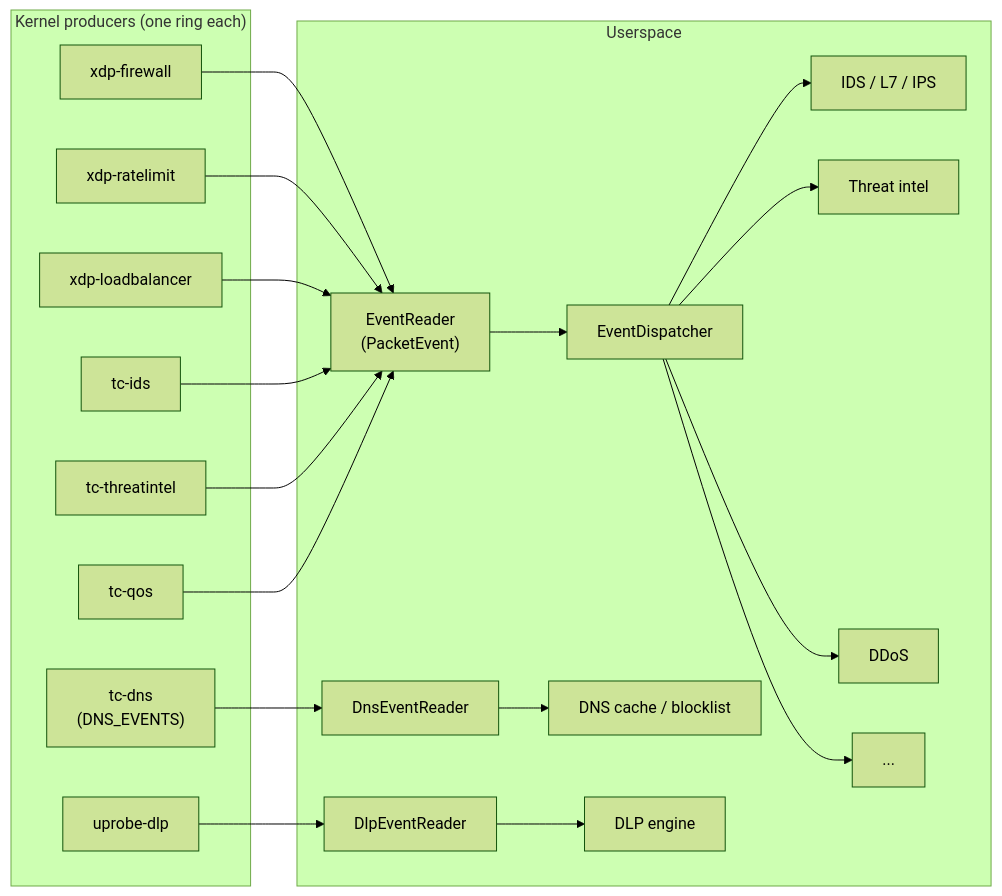
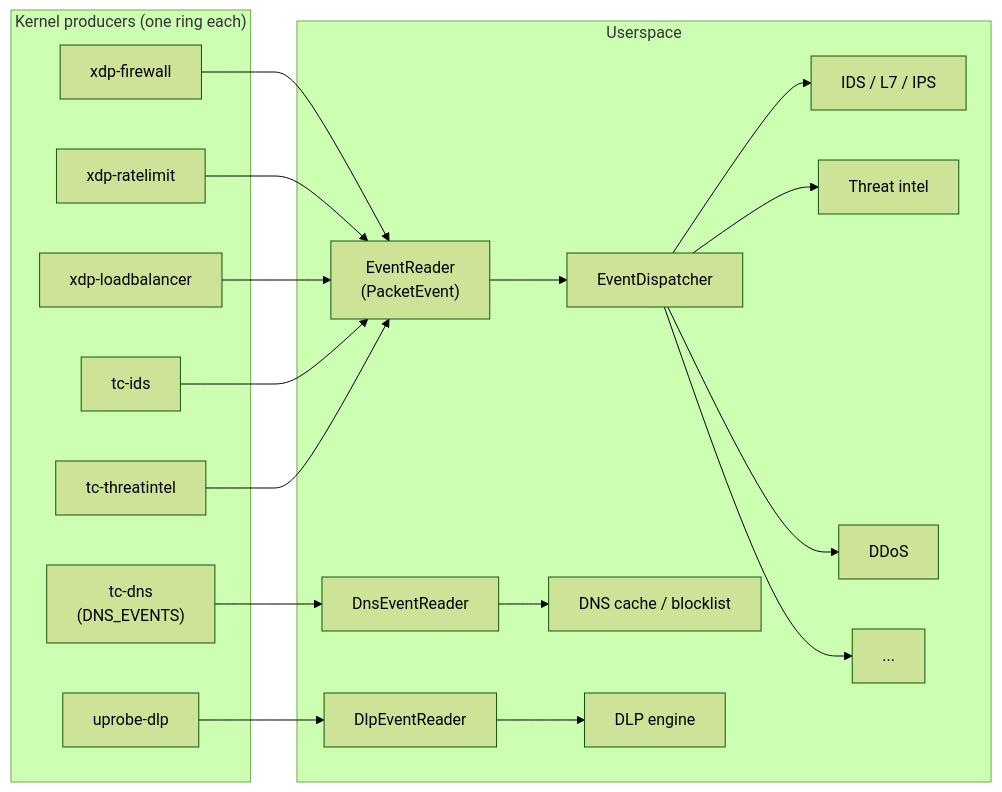
The third of 3 diagrams in docs/kernel/pipeline.md (ebpfsentinel/ebpfsentinel-docs), drawn with Mermaid (forest theme) before and after one commit. The commit also changed other lines of this file and 6 other files, not shown here.

````diff
--- a/docs/kernel/pipeline.md
+++ b/docs/kernel/pipeline.md
@@ -95,36 +95,34 @@
 ```mermaid
 flowchart LR
     subgraph KERNEL["Kernel producers (one ring each)"]
         FW["xdp-firewall"]
         RL["xdp-ratelimit"]
         LB["xdp-loadbalancer"]
         IDS["tc-ids"]
         TI["tc-threatintel"]
-        QOS["tc-qos"]
         DNS["tc-dns\n(DNS_EVENTS)"]
         DLP["uprobe-dlp"]
     end
 
     subgraph USER["Userspace"]
         ER["EventReader\n(PacketEvent)"]
         DISP["EventDispatcher"]
         DNSR["DnsEventReader"]
         DLPR["DlpEventReader"]
         ER --> DISP
         DISP --> IDS_E["IDS / L7 / IPS"]
         DISP --> TI_E["Threat intel"]
         DISP --> DDOS_E["DDoS"]
         DISP --> OTHER["..."]
         DNSR --> DNS_E["DNS cache / blocklist"]
         DLPR --> DLP_E["DLP engine"]
     end
 
     FW --> ER
     RL --> ER
     LB --> ER
     IDS --> ER
     TI --> ER
-    QOS --> ER
     DNS --> DNSR
     DLP --> DLPR
 ```
````
